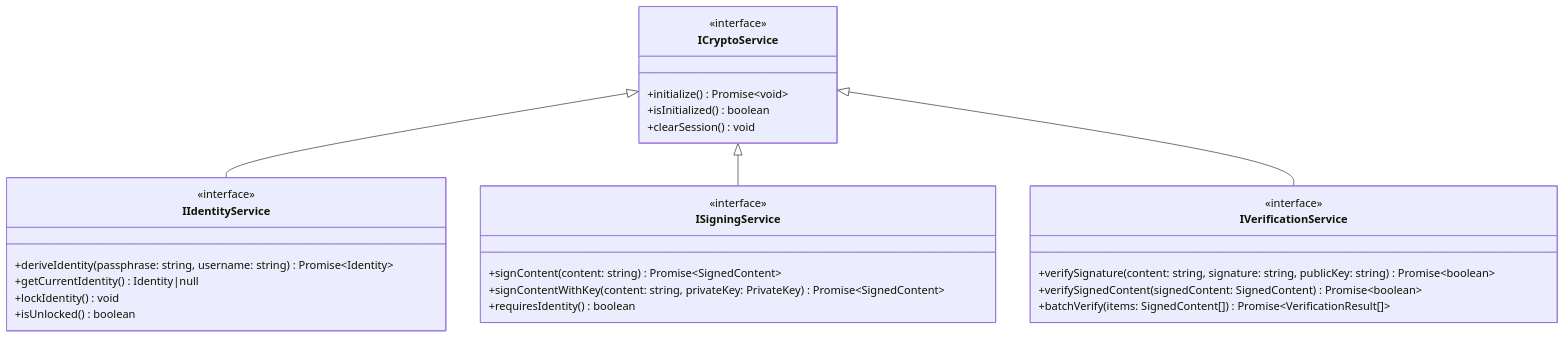
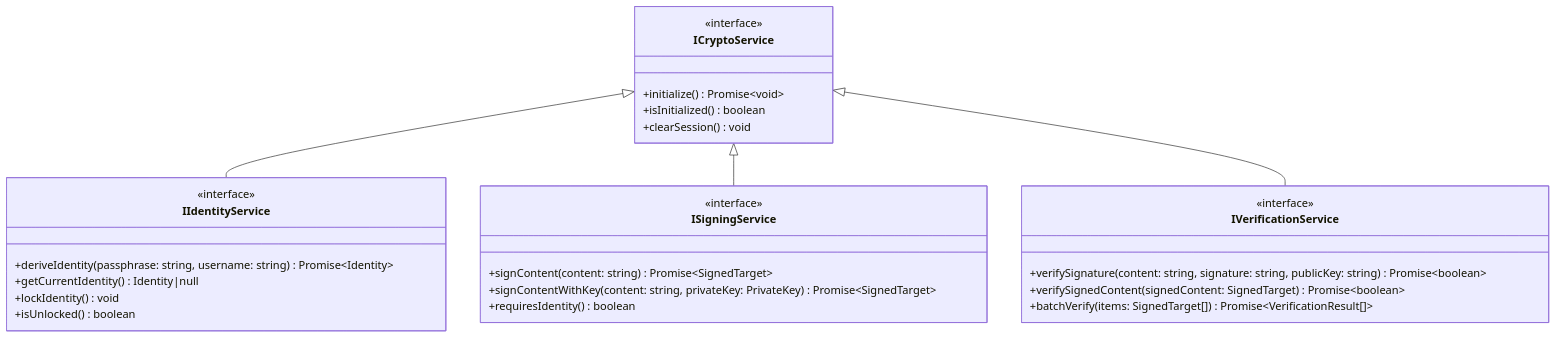
One commit to o2alexanderfedin/Nolock.social.frontends changed the first of 19 diagrams in docs/architecture/crypto/integration-contracts.md. Above: the diagram before and after it, drawn with Mermaid. The commit also changed other lines of this file and 2 other files, not shown here.

First line of the commit message:
docs: comprehensive architecture documentation review and improvements

````diff
--- a/docs/architecture/crypto/integration-contracts.md
+++ b/docs/architecture/crypto/integration-contracts.md
@@ -13,35 +13,35 @@
 ```mermaid
 classDiagram
     class ICryptoService {
         <<interface>>
         +initialize() Promise~void~
         +isInitialized() boolean
         +clearSession() void
     }
     
     class IIdentityService {
         <<interface>>
         +deriveIdentity(passphrase: string, username: string) Promise~Identity~
         +getCurrentIdentity() Identity|null
         +lockIdentity() void
         +isUnlocked() boolean
     }
     
     class ISigningService {
         <<interface>>
-        +signContent(content: string) Promise~SignedContent~
-        +signContentWithKey(content: string, privateKey: PrivateKey) Promise~SignedContent~
+        +signContent(content: string) Promise~SignedTarget~
+        +signContentWithKey(content: string, privateKey: PrivateKey) Promise~SignedTarget~
         +requiresIdentity() boolean
     }
     
     class IVerificationService {
         <<interface>>
         +verifySignature(content: string, signature: string, publicKey: string) Promise~boolean~
-        +verifySignedContent(signedContent: SignedContent) Promise~boolean~
-        +batchVerify(items: SignedContent[]) Promise~VerificationResult[]~
+        +verifySignedContent(signedContent: SignedTarget) Promise~boolean~
+        +batchVerify(items: SignedTarget[]) Promise~VerificationResult[]~
     }
     
     ICryptoService <|-- IIdentityService
     ICryptoService <|-- ISigningService
     ICryptoService <|-- IVerificationService
 ```
````
